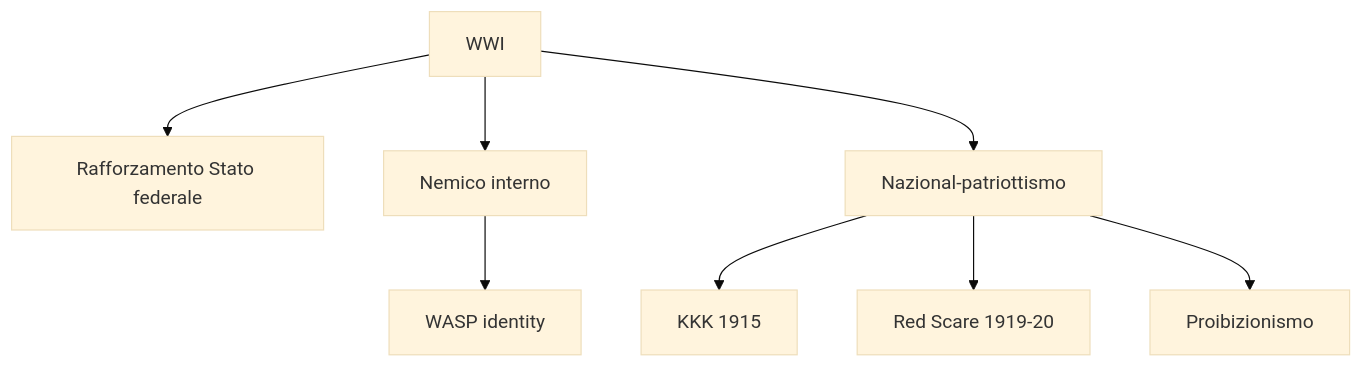
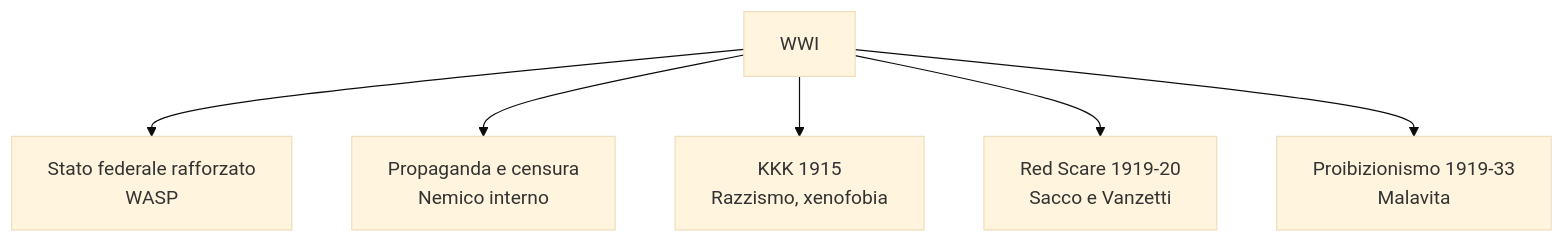
Before and after one commit to riccardo-algorime/appunti-5Bsa: the first of 6 diagrams in storia/materiale/studio/capitolo_3.10_ripasso.md, drawn with Mermaid (base theme). The commit also changed other lines of this file and 5 other files, not shown here.

````diff
--- a/storia/materiale/studio/capitolo_3.10_ripasso.md
+++ b/storia/materiale/studio/capitolo_3.10_ripasso.md
@@ -46,10 +55,8 @@
 ```mermaid
 flowchart TD
-    A[WWI] --> B[Rafforzamento Stato federale]
-    A --> C[Nemico interno]
-    C --> D[WASP identity]
-    A --> E[Nazional-patriottismo]
-    E --> F[KKK 1915]
-    E --> G[Red Scare 1919-20]
-    E --> H[Proibizionismo]
+    A[WWI] --> B[Stato federale rafforzato<br/>WASP]
+    A --> C[Propaganda e censura<br/>Nemico interno]
+    A --> D[KKK 1915<br/>Razzismo, xenofobia]
+    A --> E[Red Scare 1919-20<br/>Sacco e Vanzetti]
+    A --> F[Proibizionismo 1919-33<br/>Malavita]
 ```
````
